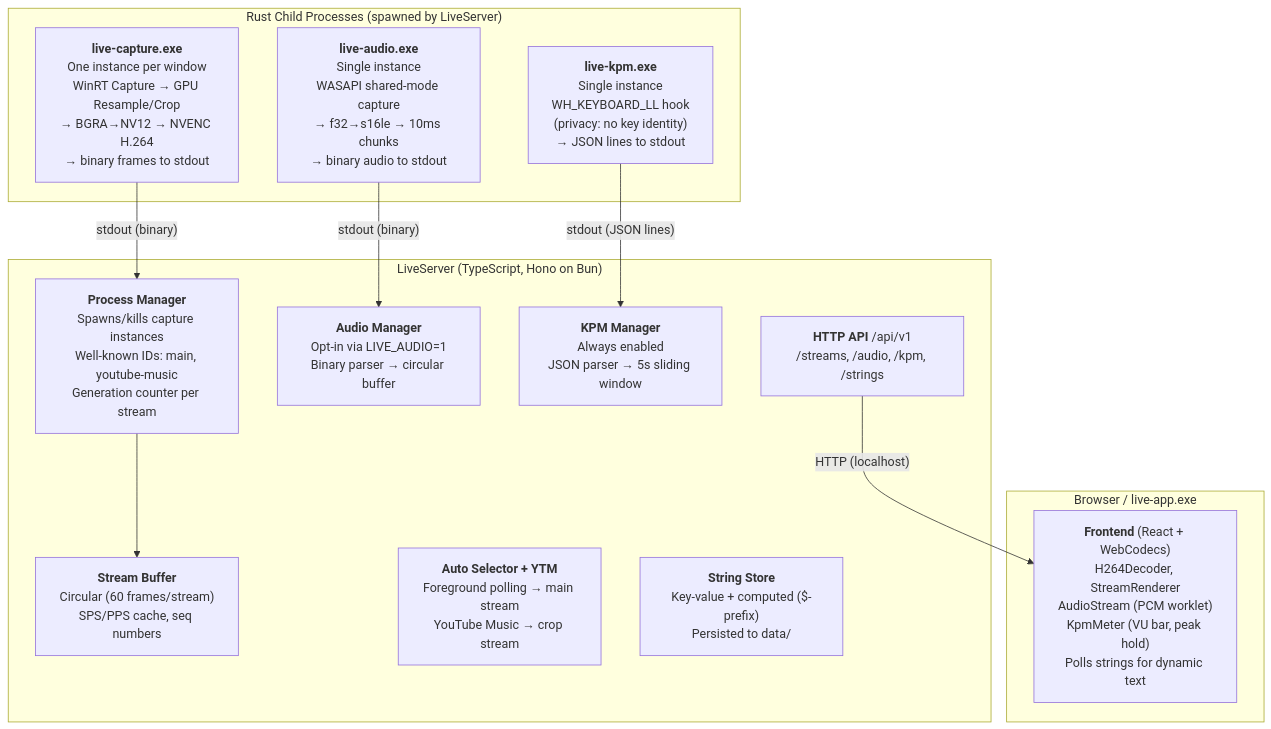
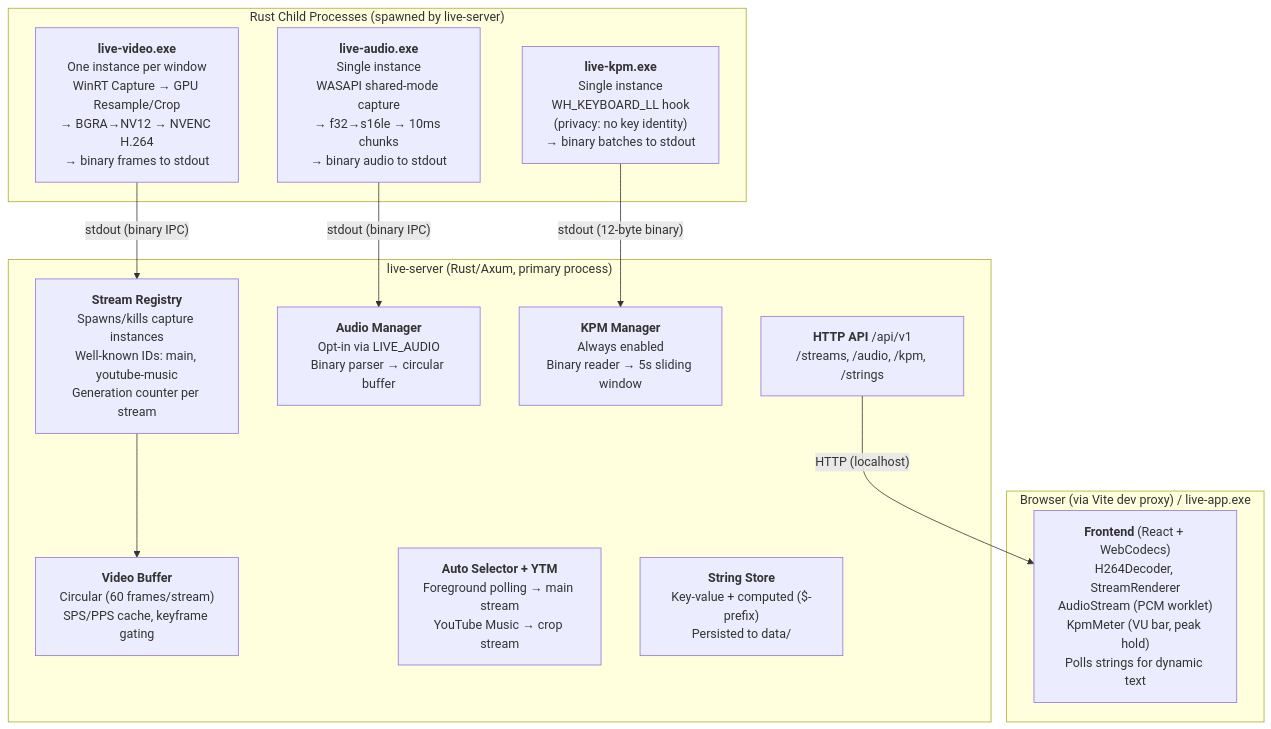
One commit to NekomaruQwQ/Nekomaru-LiveUI-v2 changed the diagram in docs/README.md. Above: the diagram before and after it, drawn with Mermaid. The commit also changed other lines of this file and 1 other file, not shown here.

Commit message:
Update docs: RIIR architecture, design decisions, new file structure, updated protocols and API references

````diff
--- a/docs/README.md
+++ b/docs/README.md
@@ -62,28 +63,28 @@
 ```mermaid
 graph TD
-    subgraph rust["Rust Child Processes (spawned by LiveServer)"]
-        capture["<b>live-capture.exe</b><br/>One instance per window<br/>WinRT Capture → GPU Resample/Crop<br/>→ BGRA→NV12 → NVENC H.264<br/>→ binary frames to stdout"]
-        audio["<b>live-audio.exe</b><br/>Single instance<br/>WASAPI shared-mode capture<br/>→ f32→s16le → 10ms chunks<br/>→ binary audio to stdout"]
-        kpm["<b>live-kpm.exe</b><br/>Single instance<br/>WH_KEYBOARD_LL hook<br/>(privacy: no key identity)<br/>→ JSON lines to stdout"]
-    end
-
-    subgraph server["LiveServer (TypeScript, Hono on Bun)"]
-        procmgr["<b>Process Manager</b><br/>Spawns/kills capture instances<br/>Well-known IDs: main, youtube-music<br/>Generation counter per stream"]
-        audiomgr["<b>Audio Manager</b><br/>Opt-in via LIVE_AUDIO=1<br/>Binary parser → circular buffer"]
-        kpmmgr["<b>KPM Manager</b><br/>Always enabled<br/>JSON parser → 5s sliding window"]
-        buffer["<b>Stream Buffer</b><br/>Circular (60 frames/stream)<br/>SPS/PPS cache, seq numbers"]
+    subgraph server["live-server (Rust/Axum, primary process)"]
+        procmgr["<b>Stream Registry</b><br/>Spawns/kills capture instances<br/>Well-known IDs: main, youtube-music<br/>Generation counter per stream"]
+        audiomgr["<b>Audio Manager</b><br/>Opt-in via LIVE_AUDIO<br/>Binary parser → circular buffer"]
+        kpmmgr["<b>KPM Manager</b><br/>Always enabled<br/>Binary reader → 5s sliding window"]
+        buffer["<b>Video Buffer</b><br/>Circular (60 frames/stream)<br/>SPS/PPS cache, keyframe gating"]
         selector["<b>Auto Selector + YTM</b><br/>Foreground polling → main stream<br/>YouTube Music → crop stream"]
         strings["<b>String Store</b><br/>Key-value + computed ($-prefix)<br/>Persisted to data/"]
         api["<b>HTTP API</b> /api/v1<br/>/streams, /audio, /kpm, /strings"]
     end
 
-    subgraph frontend["Browser / live-app.exe"]
+    subgraph children["Rust Child Processes (spawned by live-server)"]
+        capture["<b>live-video.exe</b><br/>One instance per window<br/>WinRT Capture → GPU Resample/Crop<br/>→ BGRA→NV12 → NVENC H.264<br/>→ binary frames to stdout"]
+        audio["<b>live-audio.exe</b><br/>Single instance<br/>WASAPI shared-mode capture<br/>→ f32→s16le → 10ms chunks<br/>→ binary audio to stdout"]
+        kpm["<b>live-kpm.exe</b><br/>Single instance<br/>WH_KEYBOARD_LL hook<br/>(privacy: no key identity)<br/>→ binary batches to stdout"]
+    end
+
+    subgraph frontend["Browser (via Vite dev proxy) / live-app.exe"]
         viewer["<b>Frontend</b> (React + WebCodecs)<br/>H264Decoder, StreamRenderer<br/>AudioStream (PCM worklet)<br/>KpmMeter (VU bar, peak hold)<br/>Polls strings for dynamic text"]
     end
 
-    capture -- "stdout (binary)" --> procmgr
-    audio -- "stdout (binary)" --> audiomgr
-    kpm -- "stdout (JSON lines)" --> kpmmgr
+    capture -- "stdout (binary IPC)" --> procmgr
+    audio -- "stdout (binary IPC)" --> audiomgr
+    kpm -- "stdout (12-byte binary)" --> kpmmgr
     procmgr --> buffer
     api -- "HTTP (localhost)" --> viewer
 ```
````
